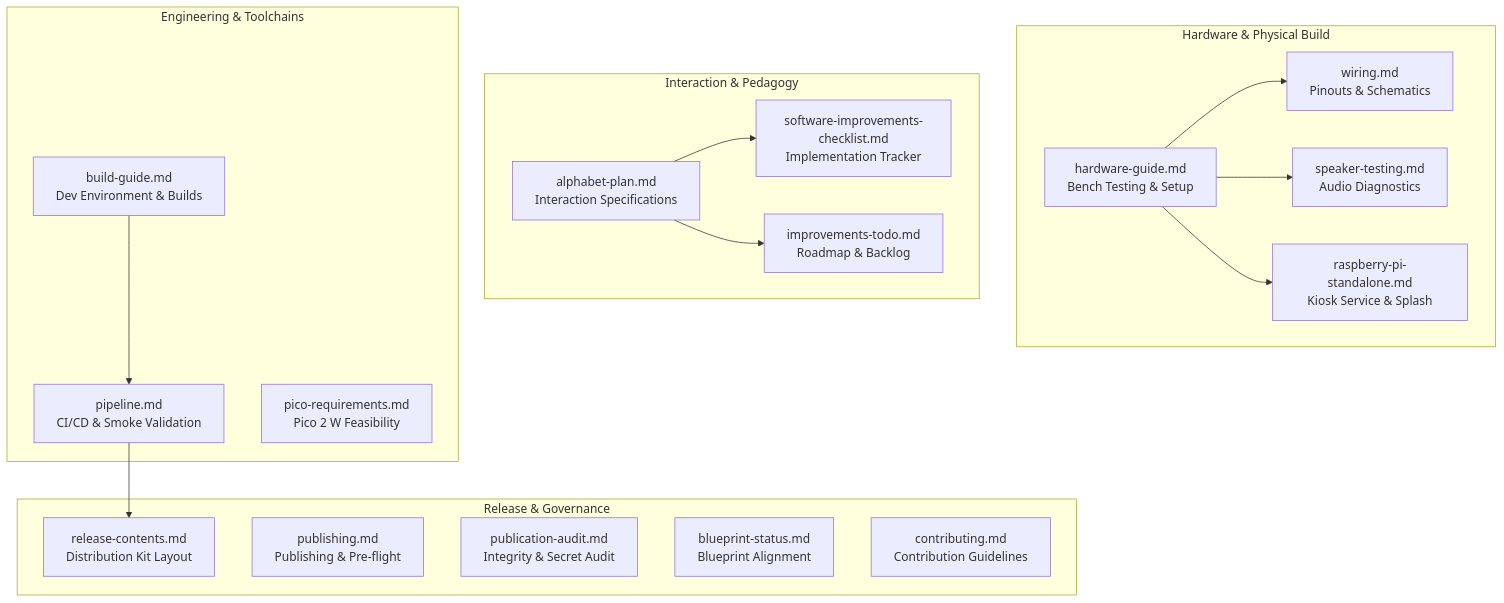
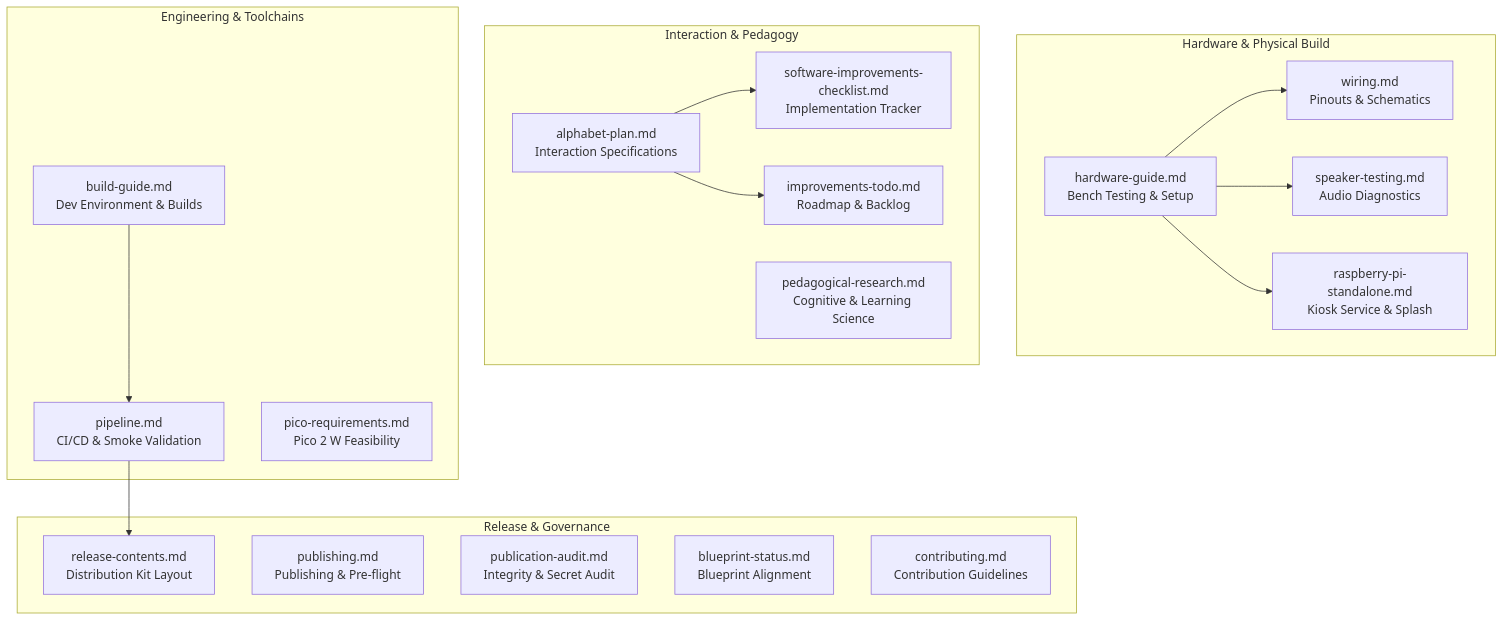
One commit to hvitis/Alfa changed the diagram in docs/README.md. Above: the diagram before and after it, drawn with Mermaid. The commit also changed other lines of this file and 2 other files, not shown here.

Commit message:
fix: replace retired character names in alphabet prompts and update pedagogical docs

````diff
--- a/docs/README.md
+++ b/docs/README.md
@@ -11,37 +11,38 @@
 ```mermaid
 flowchart TD
   subgraph HW["Hardware & Physical Build"]
     HG["hardware-guide.md<br/>Bench Testing & Setup"]
     WR["wiring.md<br/>Pinouts & Schematics"]
     ST["speaker-testing.md<br/>Audio Diagnostics"]
     SA["raspberry-pi-standalone.md<br/>Kiosk Service & Splash"]
   end
 
   subgraph UX["Interaction & Pedagogy"]
     AP["alphabet-plan.md<br/>Interaction Specifications"]
+    PED["pedagogical-research.md<br/>Cognitive & Learning Science"]
     SC["software-improvements-checklist.md<br/>Implementation Tracker"]
     IT["improvements-todo.md<br/>Roadmap & Backlog"]
   end
 
   subgraph ENG["Engineering & Toolchains"]
     BG["build-guide.md<br/>Dev Environment & Builds"]
     PL["pipeline.md<br/>CI/CD & Smoke Validation"]
     PR["pico-requirements.md<br/>Pico 2 W Feasibility"]
   end
 
   subgraph REL["Release & Governance"]
     RC["release-contents.md<br/>Distribution Kit Layout"]
     PUB["publishing.md<br/>Publishing & Pre-flight"]
     AUD["publication-audit.md<br/>Integrity & Secret Audit"]
     BS["blueprint-status.md<br/>Blueprint Alignment"]
     CON["contributing.md<br/>Contribution Guidelines"]
   end
 
   BG --> PL
   PL --> RC
   HG --> WR
   HG --> ST
   HG --> SA
   AP --> SC
   AP --> IT
 ```
````
